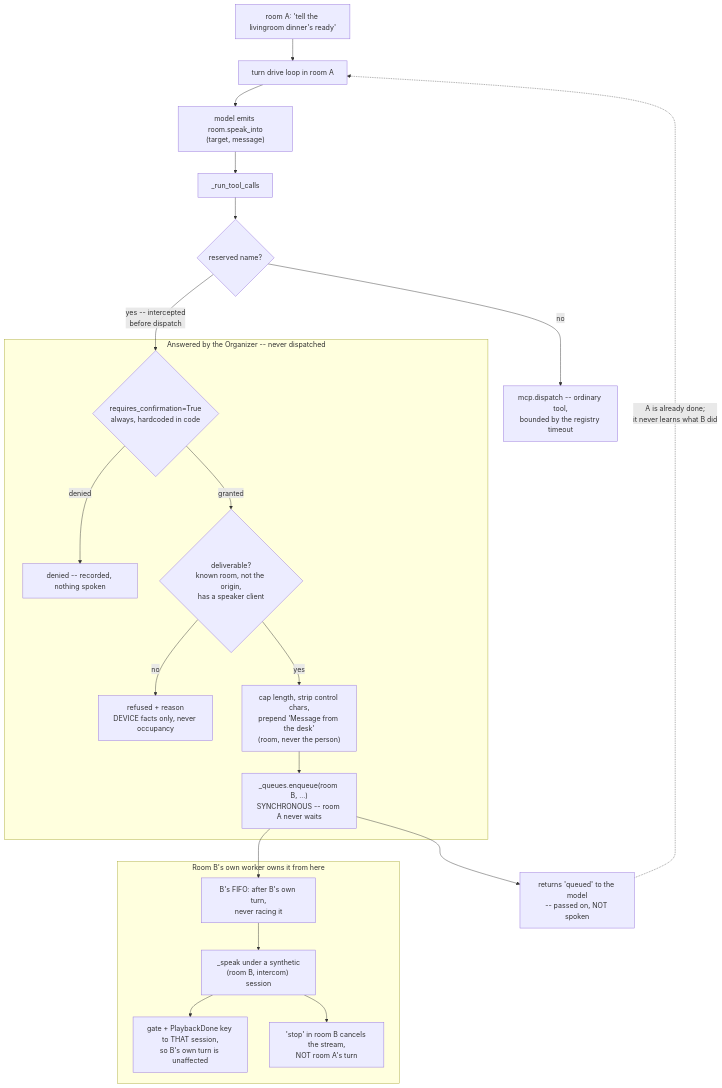
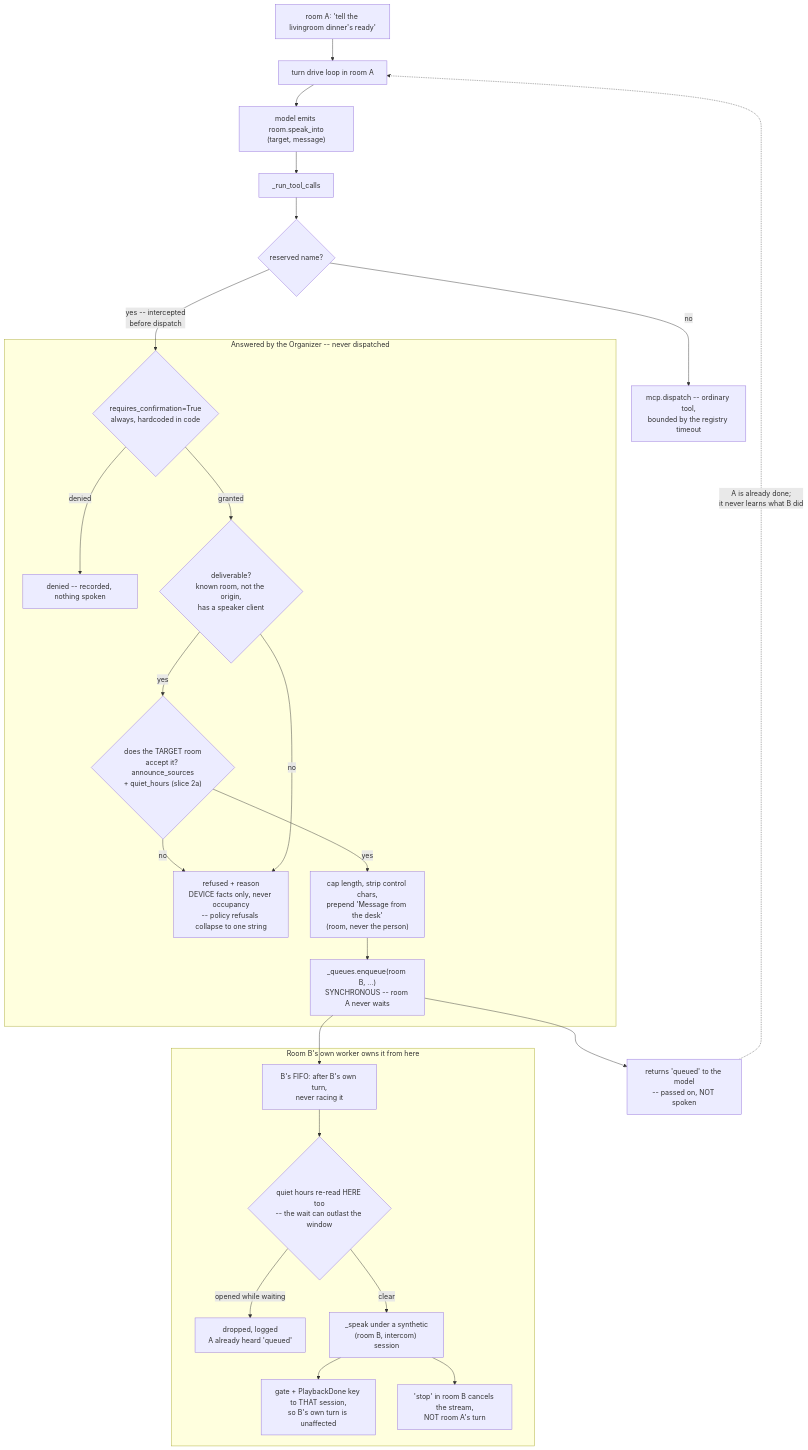
One commit to Qcko/Glados changed the diagram in DESIGN-cross-room-delivery.md. Above: the diagram before and after it, drawn with Mermaid. The commit also changed other lines of this file and 6 other files, not shown here.

````diff
--- a/DESIGN-cross-room-delivery.md
+++ b/DESIGN-cross-room-delivery.md
@@ -257,31 +334,35 @@
 ```mermaid
 flowchart TD
     U["room A: 'tell the livingroom dinner's ready'"] --> T["turn drive loop in room A"]
     T --> M["model emits room.speak_into<br/>(target, message)"]
     M --> RT["_run_tool_calls"]
 
     RT --> INT{"reserved name?"}
     INT -->|no| DISP["mcp.dispatch -- ordinary tool,<br/>bounded by the registry timeout"]
     INT -->|"yes -- intercepted<br/>before dispatch"| CONF
 
     subgraph organizer ["Answered by the Organizer -- never dispatched"]
         CONF{"requires_confirmation=True<br/>always, hardcoded in code"}
         CONF -->|denied| D["denied -- recorded, nothing spoken"]
         CONF -->|granted| V{"deliverable?<br/>known room, not the origin,<br/>has a speaker client"}
-        V -->|no| R["refused + reason<br/>DEVICE facts only, never occupancy"]
-        V -->|yes| CAP["cap length, strip control chars,<br/>prepend 'Message from the desk'<br/>(room, never the person)"]
+        V -->|yes| POL{"does the TARGET room<br/>accept it? announce_sources<br/>+ quiet_hours (slice 2a)"}
+        POL -->|no| R
+        V -->|no| R["refused + reason<br/>DEVICE facts only, never occupancy<br/>-- policy refusals collapse to one string"]
+        POL -->|yes| CAP["cap length, strip control chars,<br/>prepend 'Message from the desk'<br/>(room, never the person)"]
         CAP --> ENQ["_queues.enqueue(room B, ...)<br/>SYNCHRONOUS -- room A never waits"]
     end
 
     ENQ --> Q["returns 'queued' to the model<br/>-- passed on, NOT spoken"]
 
     subgraph roomb ["Room B's own worker owns it from here"]
         W["B's FIFO: after B's own turn,<br/>never racing it"]
-        W --> SP["_speak under a synthetic<br/>(room B, intercom) session"]
+        W --> QH{"quiet hours re-read HERE too<br/>-- the wait can outlast the window"}
+        QH -->|"opened while waiting"| DROP["dropped, logged<br/>A already heard 'queued'"]
+        QH -->|clear| SP["_speak under a synthetic<br/>(room B, intercom) session"]
         SP --> GATE["gate + PlaybackDone key to THAT session,<br/>so B's own turn is unaffected"]
         SP --> BARGE["'stop' in room B cancels the stream,<br/>NOT room A's turn"]
     end
 
     ENQ --> W
     Q -.->|"A is already done;<br/>it never learns what B did"| T
 ```
````
